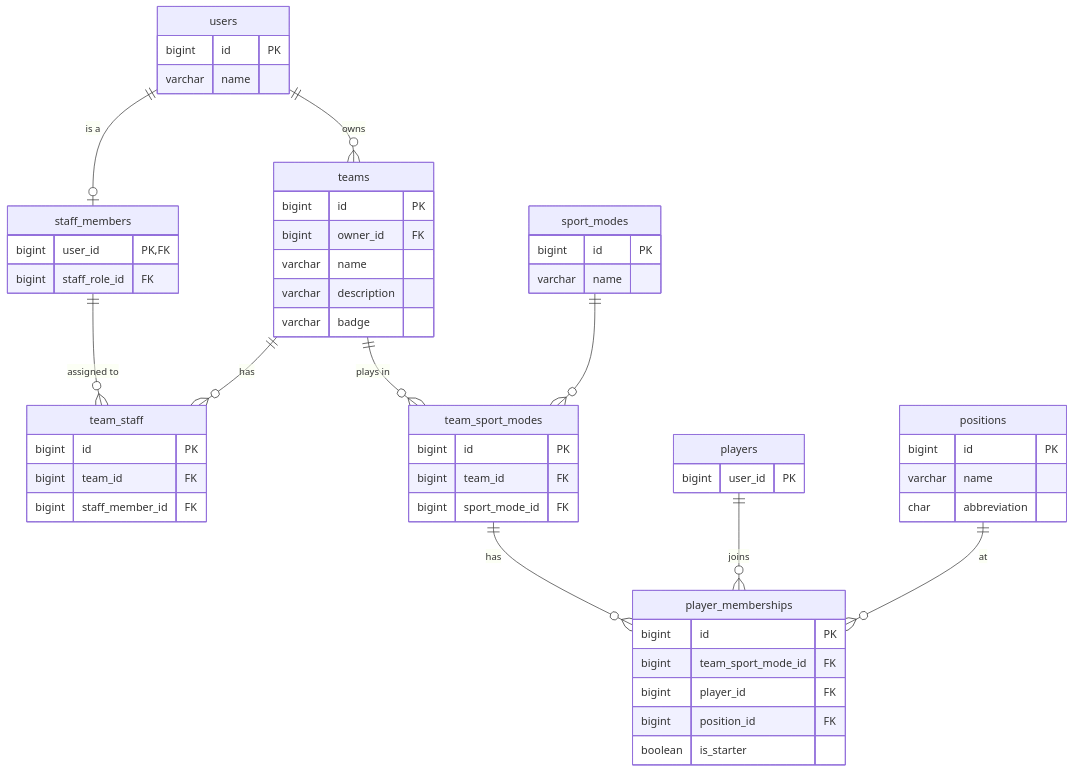
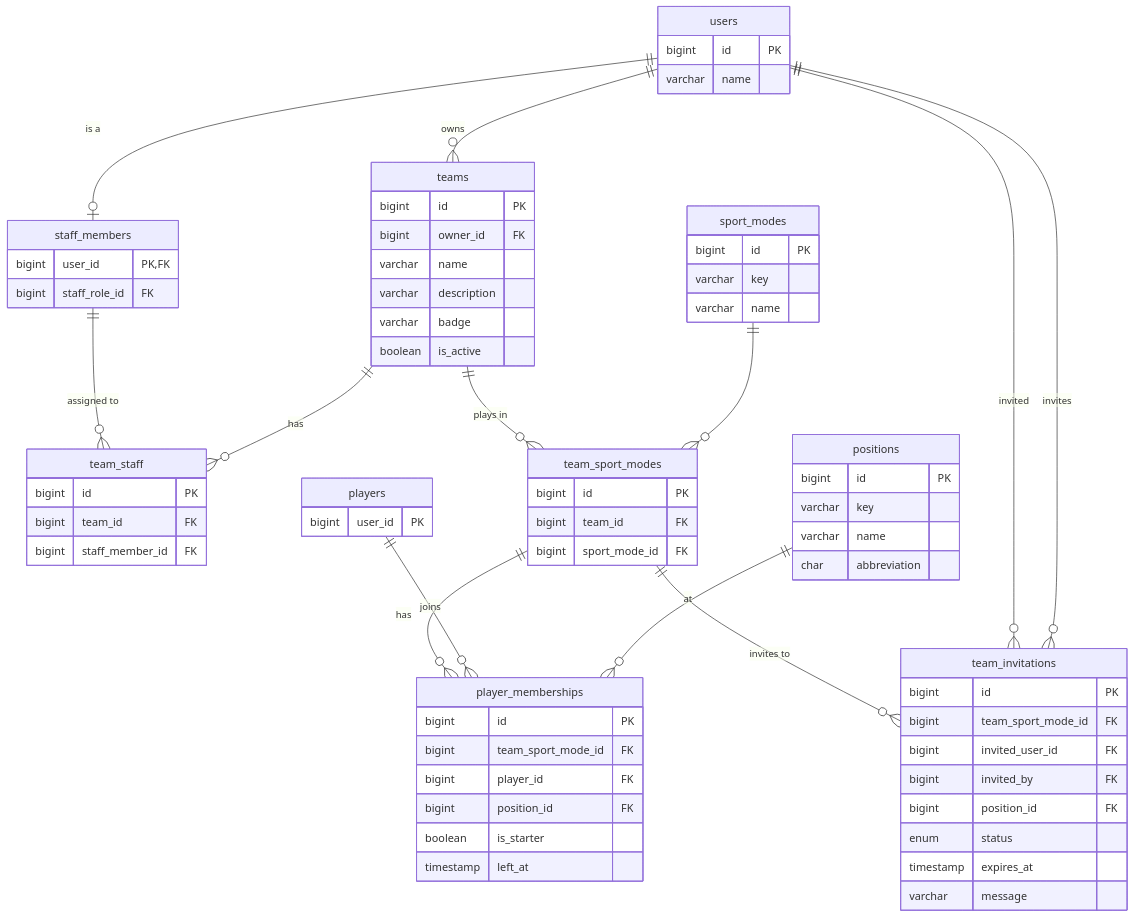
Before and after one commit to marcospfms/myclub-core: the third of 7 diagrams in docs/database/schema.md, drawn with Mermaid. The commit also changed other lines of this file and 7 other files, not shown here.

````diff
--- a/docs/database/schema.md
+++ b/docs/database/schema.md
@@ -344,57 +390,74 @@
 ```mermaid
 erDiagram
     users {
         bigint id PK
         varchar name
     }
     staff_members {
         bigint user_id PK,FK
         bigint staff_role_id FK
     }
     teams {
         bigint id PK
         bigint owner_id FK
         varchar name
         varchar description
         varchar badge
+        boolean is_active
     }
     team_staff {
         bigint id PK
         bigint team_id FK
         bigint staff_member_id FK
     }
     sport_modes {
         bigint id PK
+        varchar key
         varchar name
     }
     team_sport_modes {
         bigint id PK
         bigint team_id FK
         bigint sport_mode_id FK
     }
     players {
         bigint user_id PK
     }
     positions {
         bigint id PK
+        varchar key
         varchar name
         char abbreviation
     }
     player_memberships {
         bigint id PK
         bigint team_sport_mode_id FK
         bigint player_id FK
         bigint position_id FK
         boolean is_starter
+        timestamp left_at
+    }
+    team_invitations {
+        bigint id PK
+        bigint team_sport_mode_id FK
+        bigint invited_user_id FK
+        bigint invited_by FK
+        bigint position_id FK
+        enum status
+        timestamp expires_at
+        varchar message
     }
 
     users ||--o{ teams : "owns"
     users ||--o| staff_members : "is a"
     staff_members ||--o{ team_staff : "assigned to"
     teams ||--o{ team_staff : "has"
     teams ||--o{ team_sport_modes : "plays in"
     sport_modes ||--o{ team_sport_modes : ""
     team_sport_modes ||--o{ player_memberships : "has"
     players ||--o{ player_memberships : "joins"
     positions ||--o{ player_memberships : "at"
+    team_sport_modes ||--o{ team_invitations : "invites to"
+    users ||--o{ team_invitations : "invited"
+    users ||--o{ team_invitations : "invites"
 ```
````
